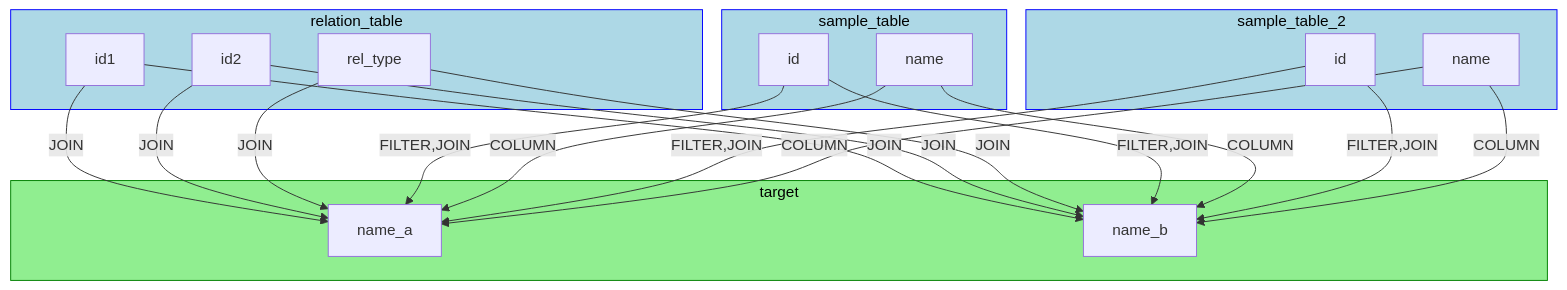
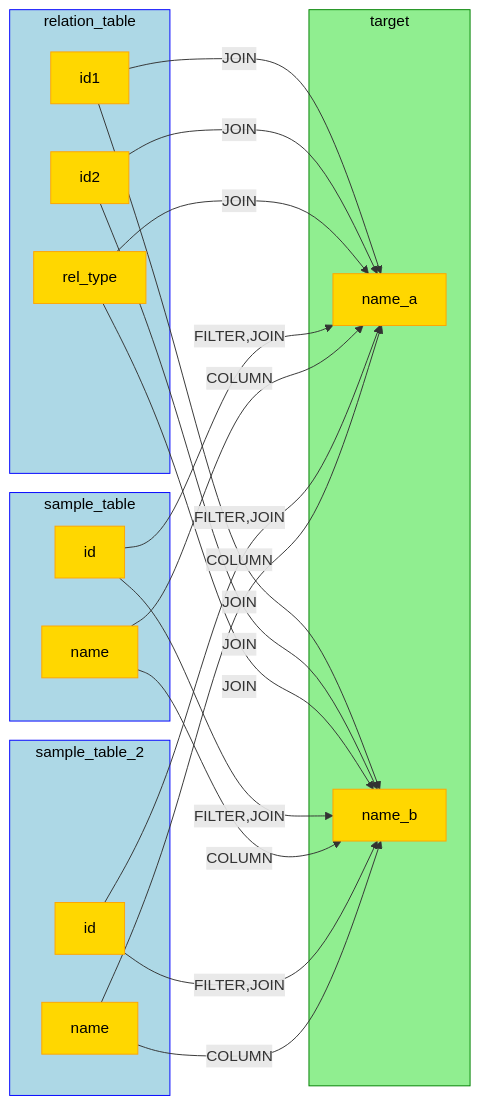
One commit to NielkNetraam/explainalyzed changed the diagram in data/lineage/join_2.mmd. Above: the diagram before and after it, drawn with Mermaid. The commit also changed 48 other files, not shown here.

```diff
--- a/data/lineage/join_2.mmd
+++ b/data/lineage/join_2.mmd
@@ -1,57 +1,47 @@
----
-config:
-theme: 'base'
-themeVariables:
-    primaryColor: '#BB2528'
-    primaryTextColor: '#fff'
-    primaryBorderColor: '#7C0000'
-    lineColor: '#F8B229'
-    secondaryColor: '#267826'
-    tertiaryColor: '#fff'
----
-flowchart TD
+flowchart LR
     classDef SOURCE stroke:Blue,fill:LightBlue,color:black
     classDef TARGET stroke:Green,fill:LightGreen,color:black
     classDef INTERMEDIATE stroke:DarkOrange,fill:Orange,color:black
     classDef INTERNAL stroke:Purple,fill:Violet,color:black
+    classDef FIELD stroke:Orange,fill:Gold,color:black
 
     relation_table:::SOURCE
     sample_table:::SOURCE
     sample_table_2:::SOURCE
     target:::TARGET
 
     subgraph relation_table
-        relation_table.id1[id1]
-        relation_table.id2[id2]
-        relation_table.rel_type[rel_type]
+        relation_table.id1[id1]:::FIELD
+        relation_table.id2[id2]:::FIELD
+        relation_table.rel_type[rel_type]:::FIELD
     end
 
     subgraph sample_table
-        sample_table.id[id]
-        sample_table.name[name]
+        sample_table.id[id]:::FIELD
+        sample_table.name[name]:::FIELD
     end
 
     subgraph sample_table_2
-        sample_table_2.id[id]
-        sample_table_2.name[name]
+        sample_table_2.id[id]:::FIELD
+        sample_table_2.name[name]:::FIELD
     end
 
     subgraph target
-        target.name_a[name_a]
-        target.name_b[name_b]
+        target.name_a[name_a]:::FIELD
+        target.name_b[name_b]:::FIELD
     end
 
     relation_table.id1 -- JOIN --> target.name_a
     relation_table.id1 -- JOIN --> target.name_b
     relation_table.id2 -- JOIN --> target.name_a
     relation_table.id2 -- JOIN --> target.name_b
     relation_table.rel_type -- JOIN --> target.name_a
     relation_table.rel_type -- JOIN --> target.name_b
     sample_table.id -- FILTER,JOIN --> target.name_a
     sample_table.id -- FILTER,JOIN --> target.name_b
     sample_table.name -- COLUMN --> target.name_a
     sample_table.name -- COLUMN --> target.name_b
     sample_table_2.id -- FILTER,JOIN --> target.name_a
     sample_table_2.id -- FILTER,JOIN --> target.name_b
     sample_table_2.name -- COLUMN --> target.name_a
     sample_table_2.name -- COLUMN --> target.name_b
```
